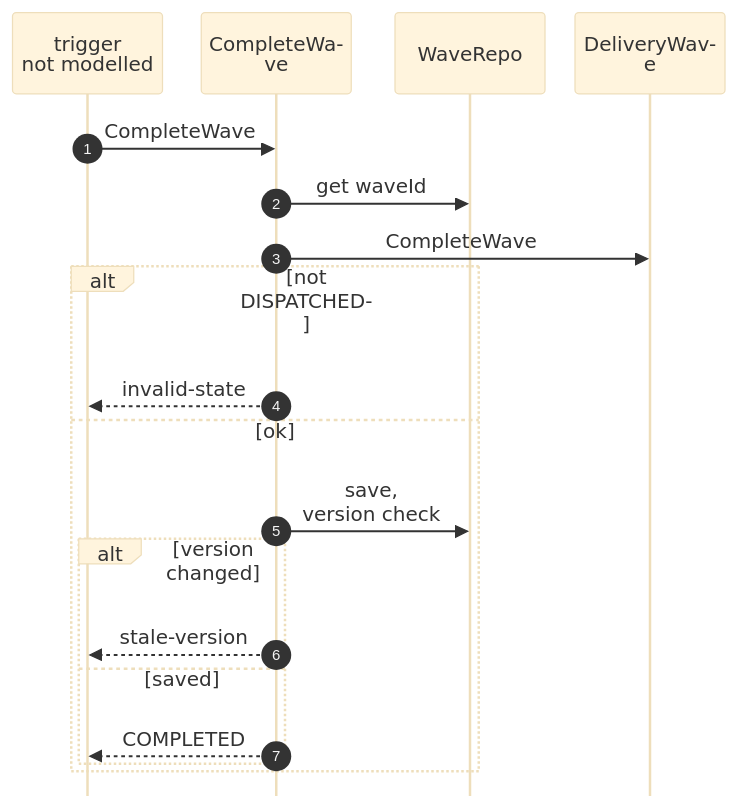
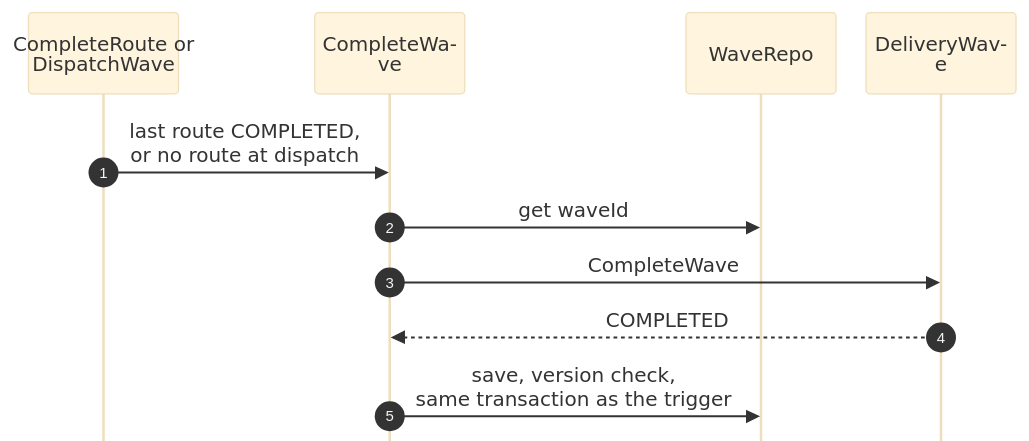
Before and after one commit to IQVO/warehouse-docs: the fifth of 11 diagrams in network/docs/contexts/last-mile-delivery/sequence-diagrams.md, drawn with Mermaid (base theme). The commit also changed other lines of this file and 7 other files, not shown here.

Commit message:
network(last-mile-delivery): align model and pack with ADR 0002/0003/0010/0015 (slugs, station precondition, auto-complete, cancel, idempotency, carrier areas)

````diff
--- a/network/docs/contexts/last-mile-delivery/sequence-diagrams.md
+++ b/network/docs/contexts/last-mile-delivery/sequence-diagrams.md
@@ -200,22 +208,14 @@
 ```mermaid
 %%{init: {"sequence": {"wrap": true, "width": 120, "actorMargin": 24, "messageMargin": 28, "boxMargin": 6, "noteMargin": 6, "mirrorActors": false}}}%%
 sequenceDiagram
     autonumber
-    participant T as trigger<br/>not modelled
+    participant T as CompleteRoute or<br/>DispatchWave
     participant UC as CompleteWave
     participant REPO as WaveRepo
     participant AGG as DeliveryWave
-    T->>UC: CompleteWave
+    T->>UC: last route COMPLETED,<br/>or no route at dispatch
     UC->>REPO: get waveId
     UC->>AGG: CompleteWave
-    alt not DISPATCHED
-        UC-->>T: invalid-state
-    else ok
-        UC->>REPO: save,<br/>version check
-        alt version changed
-            UC-->>T: stale-version
-        else saved
-            UC-->>T: COMPLETED
-        end
-    end
+    AGG-->>UC: COMPLETED
+    UC->>REPO: save, version check,<br/>same transaction as the trigger
 ```
````
